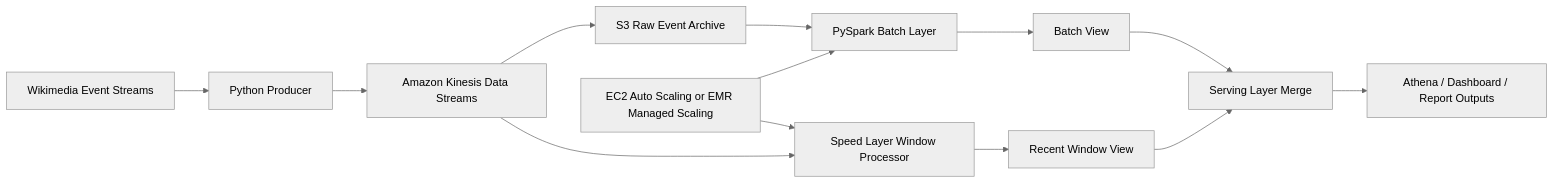
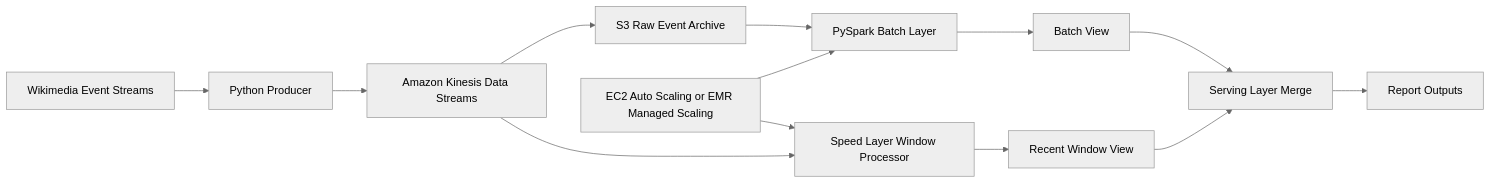
Before and after one commit to lokgos1958/scalable-cloud-wikimedia-analytics: the diagram in docs/architecture.md, drawn with Mermaid (neutral theme). The commit also changed 10 other files, not shown here.

````diff
--- a/docs/architecture.md
+++ b/docs/architecture.md
@@ -3,15 +3,15 @@
 ```mermaid
 flowchart LR
     A["Wikimedia Event Streams"] --> B["Python Producer"]
     B --> C["Amazon Kinesis Data Streams"]
     C --> D["S3 Raw Event Archive"]
     D --> E["PySpark Batch Layer"]
     C --> F["Speed Layer Window Processor"]
     E --> G["Batch View"]
     F --> H["Recent Window View"]
     G --> I["Serving Layer Merge"]
     H --> I
-    I --> J["Athena / Dashboard / Report Outputs"]
+    I --> J["Report Outputs"]
     K["EC2 Auto Scaling or EMR Managed Scaling"] --> E
     K --> F
 ```
````
